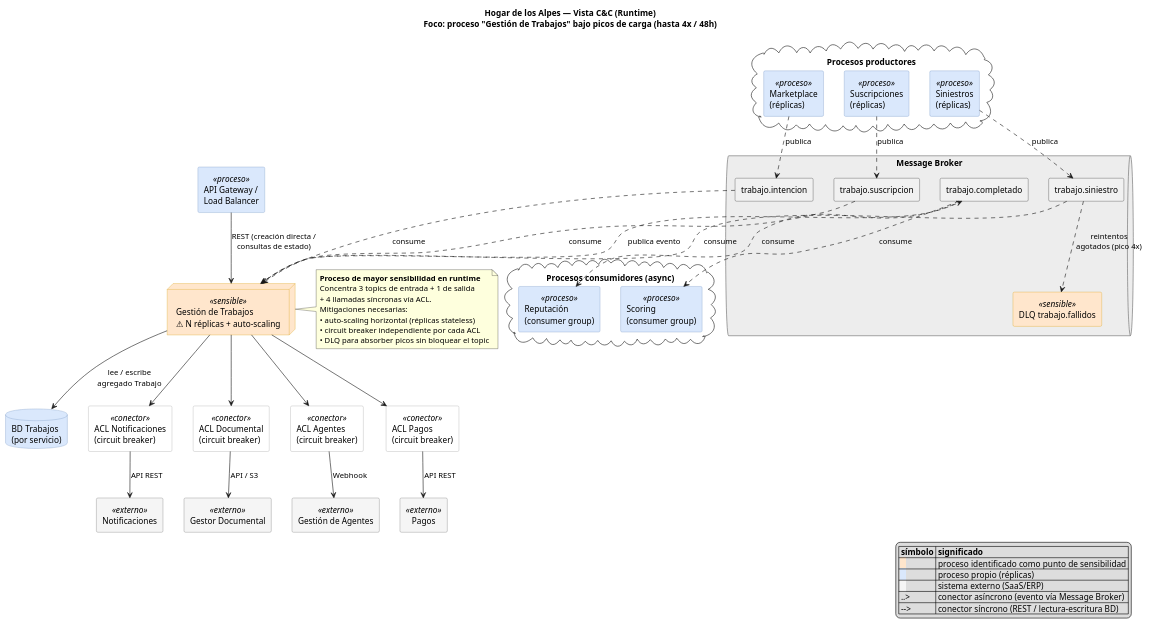
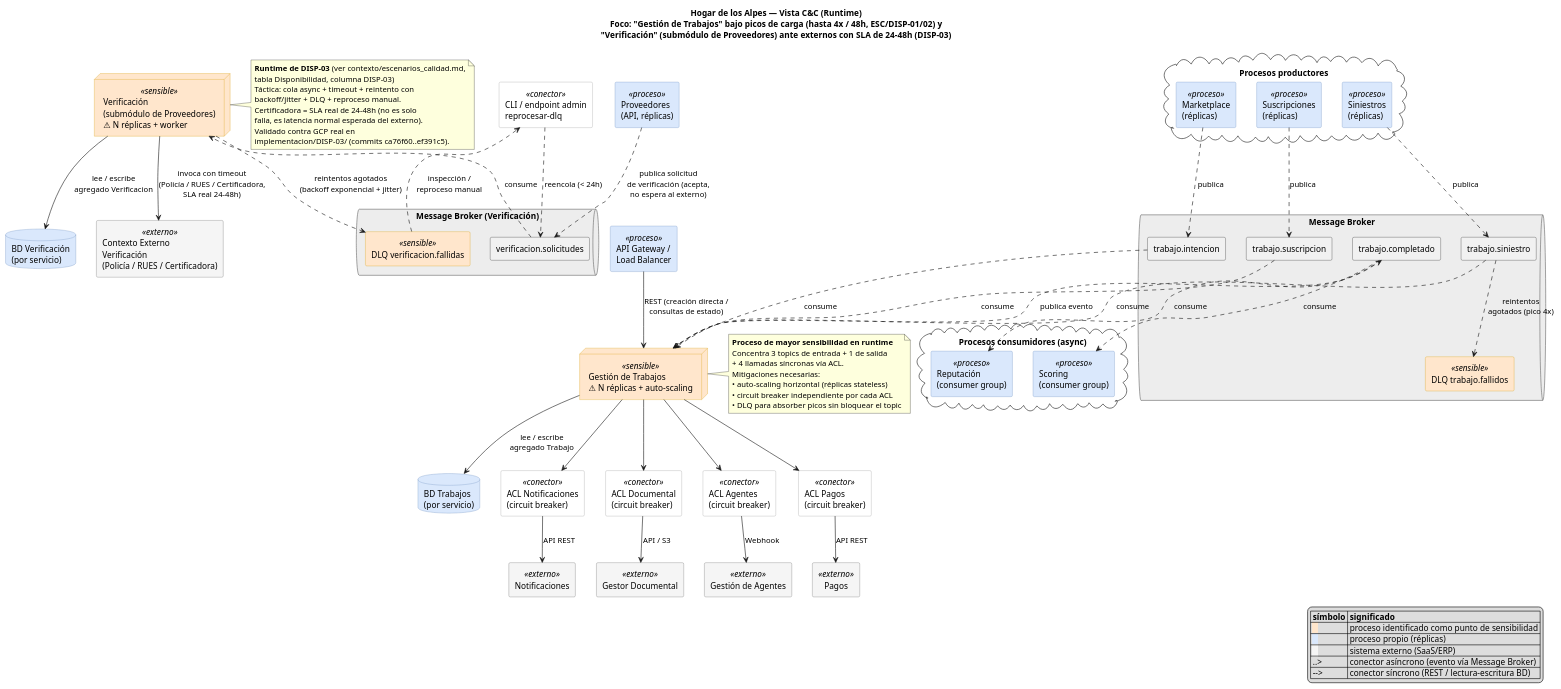
The diagram in experimento-arquitectura/contexto/06-vista-cyc.puml (ftaboadar/HDA), drawn with PlantUML before and after one commit. The commit also changed 1 other file, not shown here.

```diff
--- a/experimento-arquitectura/contexto/06-vista-cyc.puml
+++ b/experimento-arquitectura/contexto/06-vista-cyc.puml
@@ -1,116 +1,155 @@
 @startuml 06-vista-cyc
 
 ' Hogar de los Alpes (HdA) - Vista de Componentes y Conectores (C&C, runtime)
 ' Diseño táctico - Vista funcional / runtime
 '
 ' A diferencia de la vista de Módulo (estructura estática), aquí se muestra el
 ' sistema EN EJECUCIÓN: procesos/instancias, conectores (colas de eventos, llamadas
 ' síncronas) y mecanismos de resiliencia. Foco: "Gestión de Trabajos", identificado
 ' como punto de sensibilidad en la vista de Módulo (mayor fan-in/fan-out del sistema),
 ' y cómo su runtime debe absorber los picos de hasta 4x en 48h (eventos climáticos
 ' que disparan Siniestros) sin degradar el resto de canales.
+'
+' Cierra pendiente #5 (ver contexto/escenarios_calidad.md): añade el runtime de
+' Verificación (submódulo de Proveedores, DISP-03) con su propia cola, DLQ y el
+' Contexto Externo de verificación (Policía/RUES/Certificadora), validado
+' empíricamente en implementacion/DISP-03/ (commits ca76f60..ef391c5 contra GCP real).
 
 skinparam componentStyle rectangle
 skinparam component {
   BackgroundColor<<proceso>> #DAE8FC
   BorderColor<<proceso>> #6C8EBF
   BackgroundColor<<sensible>> #FFE6CC
   BorderColor<<sensible>> #D79B00
   BackgroundColor<<externo>> #F5F5F5
   BorderColor<<externo>> #666666
   BackgroundColor<<conector>> #FFFFFF
   BorderColor<<conector>> #999999
 }
 skinparam node {
   BackgroundColor<<sensible>> #FFE6CC
   BorderColor<<sensible>> #D79B00
 }
 skinparam queue {
   BackgroundColor #EDEDED
   BorderColor #666666
 }
 skinparam database {
   BackgroundColor #DAE8FC
   BorderColor #6C8EBF
 }
 
-title Hogar de los Alpes — Vista C&C (Runtime)\nFoco: proceso "Gestión de Trabajos" bajo picos de carga (hasta 4x / 48h)
+title Hogar de los Alpes — Vista C&C (Runtime)\nFoco: "Gestión de Trabajos" bajo picos de carga (hasta 4x / 48h, ESC/DISP-01/02) y\n"Verificación" (submódulo de Proveedores) ante externos con SLA de 24-48h (DISP-03)
 
 cloud "Procesos productores" {
   component "Marketplace\n(réplicas)" as MKT <<proceso>>
   component "Siniestros\n(réplicas)" as SIN <<proceso>>
   component "Suscripciones\n(réplicas)" as SUS <<proceso>>
 }
 
 component "API Gateway /\nLoad Balancer" as LB <<proceso>>
 
 queue "Message Broker" {
   component "trabajo.intencion" as T1
   component "trabajo.siniestro" as T2
   component "trabajo.suscripcion" as T3
   component "trabajo.completado" as T4
   component "DLQ trabajo.fallidos" as DLQ <<sensible>>
 }
 
 node "Gestión de Trabajos\n⚠ N réplicas + auto-scaling" as GT <<sensible>>
 database "BD Trabajos\n(por servicio)" as DB
 
 component "ACL Notificaciones\n(circuit breaker)" as ACL1 <<conector>>
 component "ACL Documental\n(circuit breaker)" as ACL2 <<conector>>
 component "ACL Agentes\n(circuit breaker)" as ACL3 <<conector>>
 component "ACL Pagos\n(circuit breaker)" as ACL4 <<conector>>
 
 component "Notificaciones" as NOT <<externo>>
 component "Gestor Documental" as DOC <<externo>>
 component "Gestión de Agentes" as AGT <<externo>>
 component "Pagos" as PAG <<externo>>
 
 cloud "Procesos consumidores (async)" {
   component "Reputación\n(consumer group)" as REP <<proceso>>
   component "Scoring\n(consumer group)" as SCR <<proceso>>
 }
+
+' --- Runtime de Proveedores / Verificación — DISP-03 ---
+' Validado empíricamente en implementacion/DISP-03/ (RabbitMQ local / Pub-Sub en GCP)
+component "Proveedores\n(API, réplicas)" as PRV <<proceso>>
+node "Verificación\n(submódulo de Proveedores)\n⚠ N réplicas + worker" as VERIF <<sensible>>
+database "BD Verificación\n(por servicio)" as DBV
+
+queue "Message Broker (Verificación)" {
+  component "verificacion.solicitudes" as VQ
+  component "DLQ verificacion.fallidas" as VDLQ <<sensible>>
+}
+
+component "CLI / endpoint admin\nreprocesar-dlq" as VCLI <<conector>>
+
+component "Contexto Externo\nVerificación\n(Policía / RUES / Certificadora)" as VEXT <<externo>>
+
+PRV ..> VQ : publica solicitud\nde verificación (acepta,\nno espera al externo)
+VQ ..> VERIF : consume
+VERIF --> VEXT : invoca con timeout\n(Policía / RUES / Certificadora,\nSLA real 24-48h)
+VERIF ..> VDLQ : reintentos agotados\n(backoff exponencial + jitter)
+VDLQ ..> VCLI : inspección /\nreproceso manual
+VCLI ..> VQ : reencola (< 24h)
+VERIF --> DBV : lee / escribe\nagregado Verificacion
+
+note right of VERIF
+  **Runtime de DISP-03** (ver contexto/escenarios_calidad.md,
+  tabla Disponibilidad, columna DISP-03)
+  Táctica: cola async + timeout + reintento con
+  backoff/jitter + DLQ + reproceso manual.
+  Certificadora = SLA real de 24-48h (no es solo
+  falla, es latencia normal esperada del externo).
+  Validado contra GCP real en
+  implementacion/DISP-03/ (commits ca76f60..ef391c5).
+end note
 
 MKT ..> T1 : publica
 SIN ..> T2 : publica
 SUS ..> T3 : publica
 LB --> GT : REST (creación directa /\nconsultas de estado)
 
 T1 ..> GT : consume
 T2 ..> GT : consume
 T3 ..> GT : consume
 T2 ..> DLQ : reintentos\nagotados (pico 4x)
 
 GT --> DB : lee / escribe\nagregado Trabajo
 GT ..> T4 : publica evento
 T4 ..> REP : consume
 T4 ..> SCR : consume
 
 GT --> ACL1
 GT --> ACL2
 GT --> ACL3
 GT --> ACL4
 ACL1 --> NOT : API REST
 ACL2 --> DOC : API / S3
 ACL3 --> AGT : Webhook
 ACL4 --> PAG : API REST
 
 note right of GT
   **Proceso de mayor sensibilidad en runtime**
   Concentra 3 topics de entrada + 1 de salida
   + 4 llamadas síncronas vía ACL.
   Mitigaciones necesarias:
   • auto-scaling horizontal (réplicas stateless)
   • circuit breaker independiente por cada ACL
   • DLQ para absorber picos sin bloquear el topic
 end note
 
 legend right
   |= símbolo |= significado |
   | <back:#FFE6CC>  </back> | proceso identificado como punto de sensibilidad |
   | <back:#DAE8FC>  </back> | proceso propio (réplicas) |
   | <back:#F5F5F5>  </back> | sistema externo (SaaS/ERP) |
   | ..> | conector asíncrono (evento vía Message Broker) |
   | --> | conector síncrono (REST / lectura-escritura BD) |
 endlegend
 
 @enduml
```
